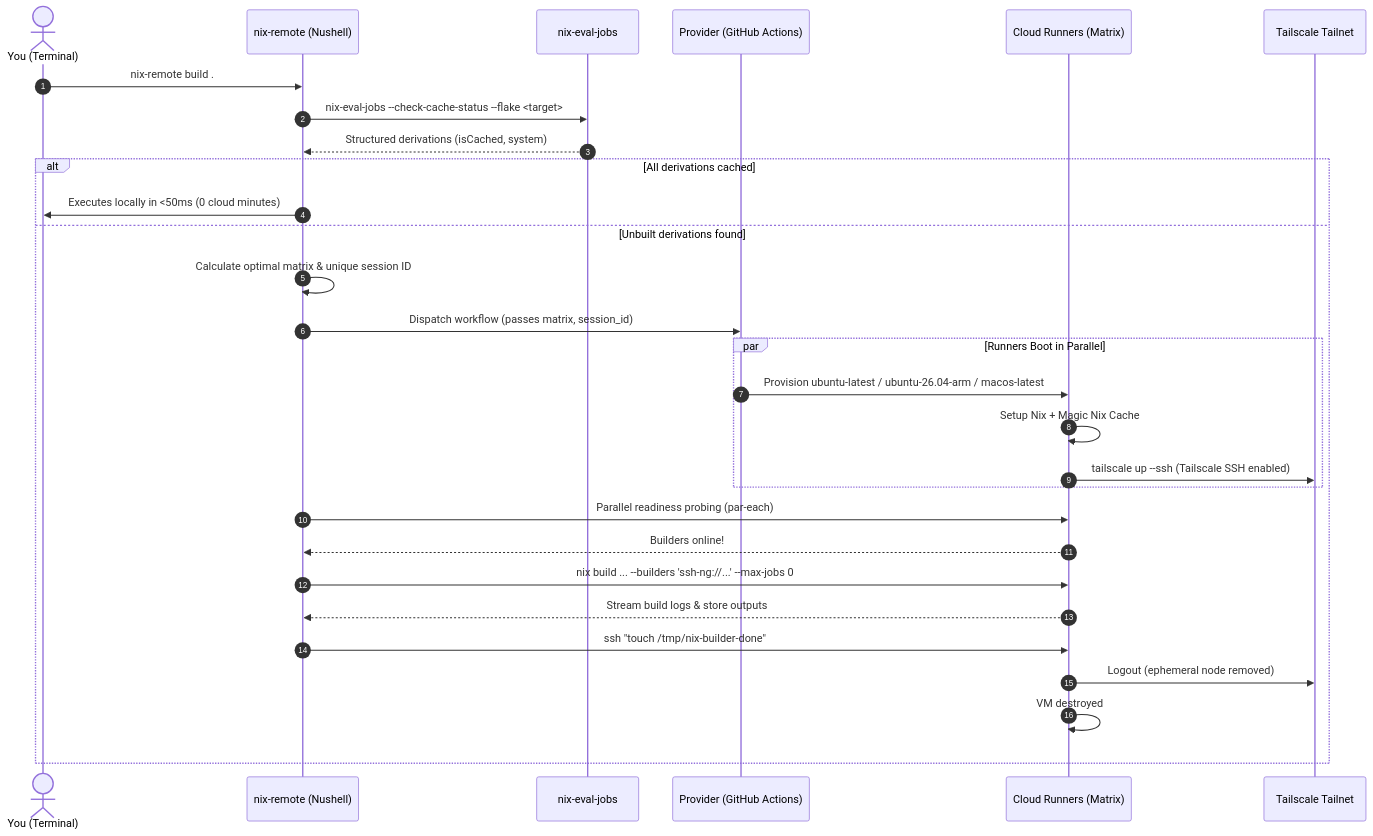
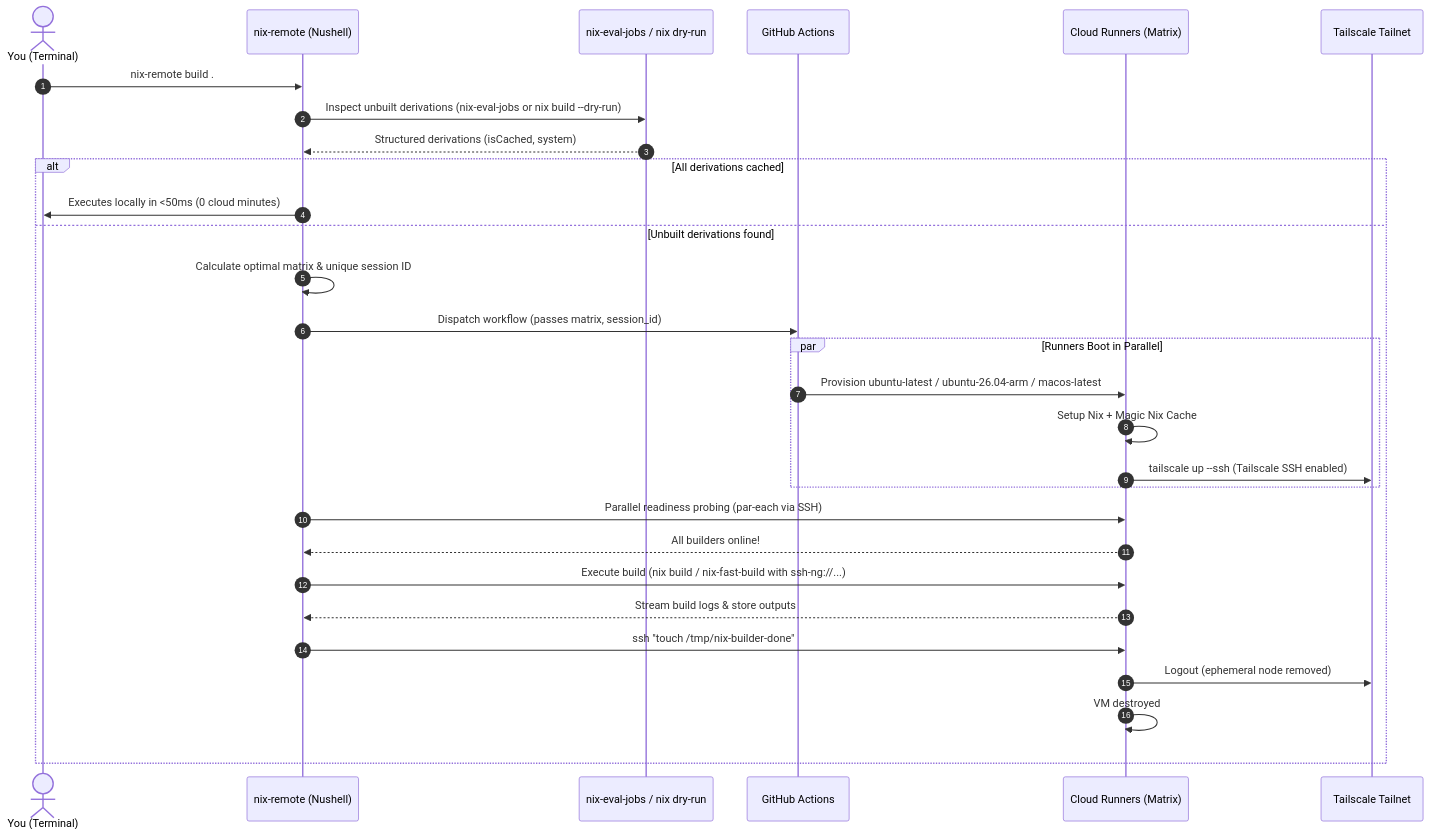
Before and after one commit to Malix-Labs/Nix_Remote-Builders-Distributed: the diagram in README.md, drawn with Mermaid. The commit also changed other lines of this file and 2 other files, not shown here.

````diff
--- a/README.md
+++ b/README.md
@@ -19,37 +19,37 @@
 ```mermaid
 sequenceDiagram
     autonumber
     actor User as You (Terminal)
     participant CLI as nix-remote (Nushell)
-    participant Eval as nix-eval-jobs
-    participant Provider as Provider (GitHub Actions)
+    participant Eval as nix-eval-jobs / nix dry-run
+    participant Provider as GitHub Actions
     participant Runners as Cloud Runners (Matrix)
     participant Tailnet as Tailscale Tailnet
 
     User->>CLI: nix-remote build .#target
-    CLI->>Eval: nix-eval-jobs --check-cache-status --flake <target>
+    CLI->>Eval: Inspect unbuilt derivations (nix-eval-jobs or nix build --dry-run)
     Eval-->>CLI: Structured derivations (isCached, system)
 
     alt All derivations cached
         CLI->>User: Executes locally in <50ms (0 cloud minutes)
     else Unbuilt derivations found
         CLI->>CLI: Calculate optimal matrix & unique session ID
         CLI->>Provider: Dispatch workflow (passes matrix, session_id)
         
         par Runners Boot in Parallel
             Provider->>Runners: Provision ubuntu-latest / ubuntu-26.04-arm / macos-latest
             Runners->>Runners: Setup Nix + Magic Nix Cache
             Runners->>Tailnet: tailscale up --ssh (Tailscale SSH enabled)
         end
 
-        CLI->>Runners: Parallel readiness probing (par-each)
-        Runners-->>CLI: Builders online!
+        CLI->>Runners: Parallel readiness probing (par-each via SSH)
+        Runners-->>CLI: All builders online!
 
-        CLI->>Runners: nix build ... --builders 'ssh-ng://...' --max-jobs 0
+        CLI->>Runners: Execute build (nix build / nix-fast-build with ssh-ng://...)
         Runners-->>CLI: Stream build logs & store outputs
 
         CLI->>Runners: ssh "touch /tmp/nix-builder-done"
         Runners->>Tailnet: Logout (ephemeral node removed)
         Runners->>Runners: VM destroyed
     end
 ```
````
